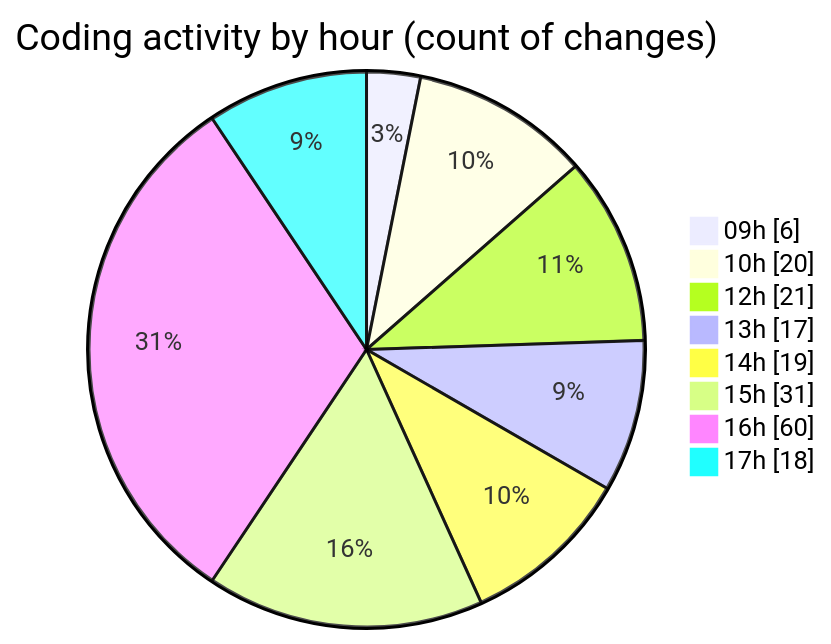
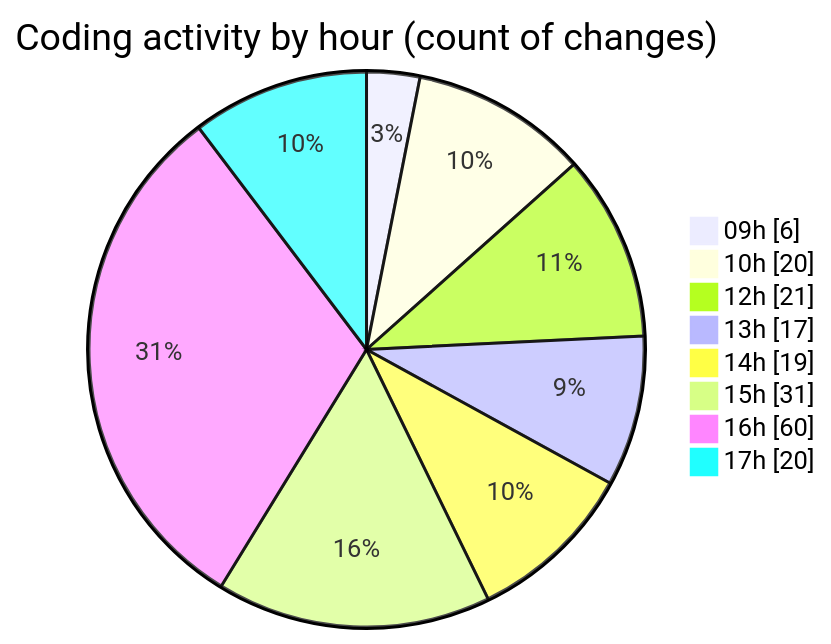
The second of 2 diagrams in 2026-02-18/bot_v1_2/README.md (becaeroporto-bot/code-tracking), drawn with Mermaid before and after one commit. The commit also changed other lines of this file and 1 other file, not shown here.

````diff
--- a/2026-02-18/bot_v1_2/README.md
+++ b/2026-02-18/bot_v1_2/README.md
@@ -57,12 +57,12 @@
 ```mermaid
 pie showData
 title Coding activity by hour (count of changes)
 "09h" : 6
 "10h" : 20
 "12h" : 21
 "13h" : 17
 "14h" : 19
 "15h" : 31
 "16h" : 60
-"17h" : 18
+"17h" : 20
 ```
````
